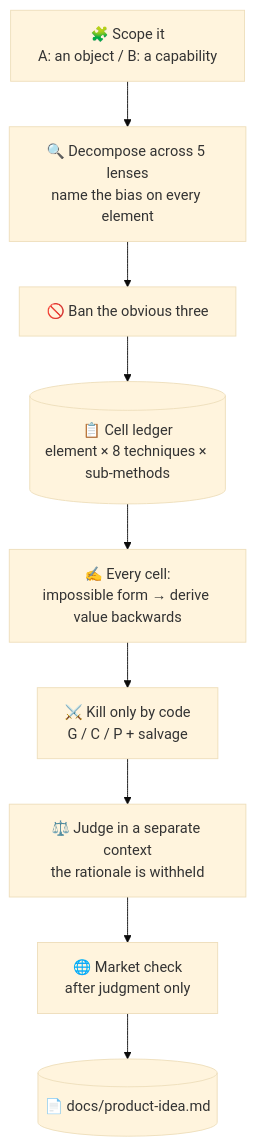
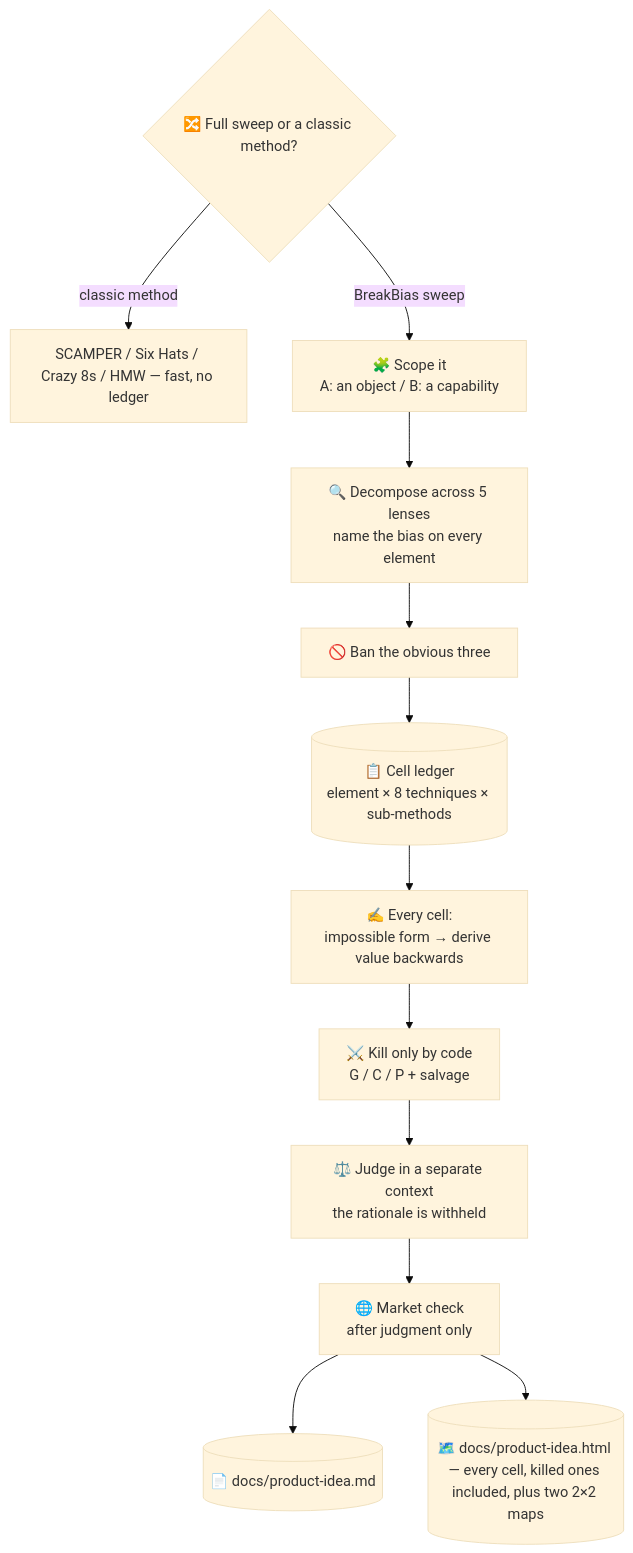
The diagram in skills/superforge-brain/README.md (takaoumehara/superforge-skill), drawn with Mermaid (base theme) before and after one commit. The commit also changed other lines of this file and 21 other files, not shown here.

First line of the commit message:
Give BreakBias a choice of method and full transparency; add landing-page design knowledge (#2)

````diff
--- a/skills/superforge-brain/README.md
+++ b/skills/superforge-brain/README.md
@@ -27,11 +27,14 @@
 ```mermaid
 flowchart TD
-    A[🧩 Scope it<br/>A: an object / B: a capability] --> B[🔍 Decompose across 5 lenses<br/>name the bias on every element]
+    Z{🔀 Full sweep or a classic method?} -->|classic method| ZC[SCAMPER / Six Hats / Crazy 8s / HMW — fast, no ledger]
+    Z -->|BreakBias sweep| A[🧩 Scope it<br/>A: an object / B: a capability]
+    A --> B[🔍 Decompose across 5 lenses<br/>name the bias on every element]
     B --> C[🚫 Ban the obvious three]
     C --> D[(📋 Cell ledger<br/>element × 8 techniques × sub-methods)]
     D --> E[✍️ Every cell:<br/>impossible form → derive value backwards]
     E --> F[⚔️ Kill only by code<br/>G / C / P + salvage]
     F --> G[⚖️ Judge in a separate context<br/>the rationale is withheld]
     G --> H[🌐 Market check<br/>after judgment only]
     H --> I[(📄 docs/product-idea.md)]
+    H --> J[(🗺️ docs/product-idea.html — every cell, killed ones included, plus two 2×2 maps)]
 ```
````
